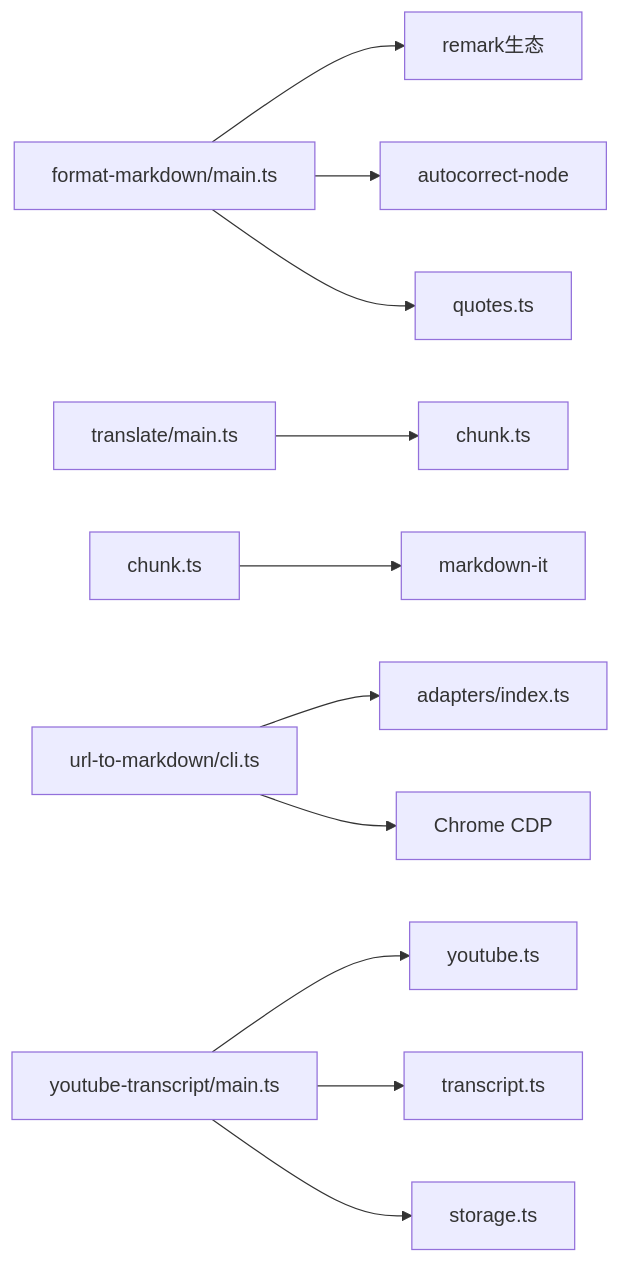
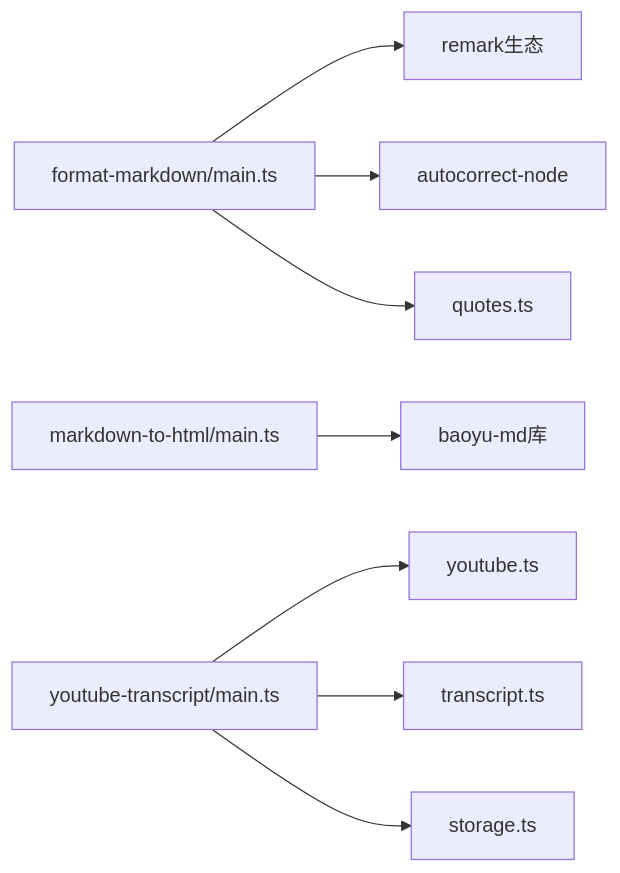
Before and after one commit to NTLx/ntlx.github.io: the fifth of 5 diagrams in .qoder/repowiki/zh/content/AI 技能系统/内容处理技能/内容处理技能.md, drawn with Mermaid. The commit also changed other lines of this file and 8 other files, not shown here.

````diff
--- a/.qoder/repowiki/zh/content/AI 技能系统/内容处理技能/内容处理技能.md
+++ b/.qoder/repowiki/zh/content/AI 技能系统/内容处理技能/内容处理技能.md
@@ -391,13 +271,10 @@
 ```mermaid
 graph LR
 FM_main["format-markdown/main.ts"] --> remark["remark生态"]
 FM_main --> autoc["autocorrect-node"]
 FM_main --> quotes["quotes.ts"]
-TR_main["translate/main.ts"] --> chunk["chunk.ts"]
-TR_chunk["chunk.ts"] --> mdi["markdown-it"]
-UM_cli["url-to-markdown/cli.ts"] --> adapters["adapters/index.ts"]
-UM_cli --> chrome["Chrome CDP"]
+MH_main["markdown-to-html/main.ts"] --> baoyu_md["baoyu-md库"]
 YT_main["youtube-transcript/main.ts"] --> yt_api["youtube.ts"]
 YT_main --> t_parse["transcript.ts"]
 YT_main --> store["storage.ts"]
 ```
````
